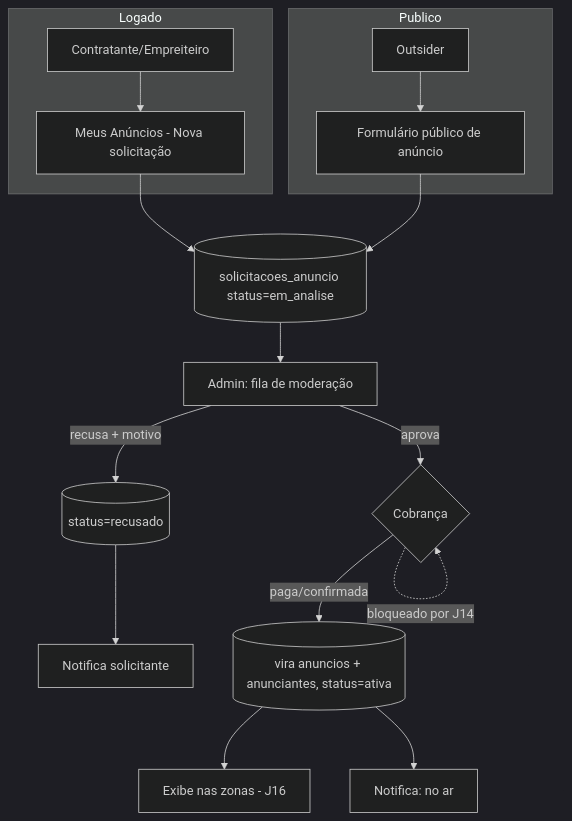
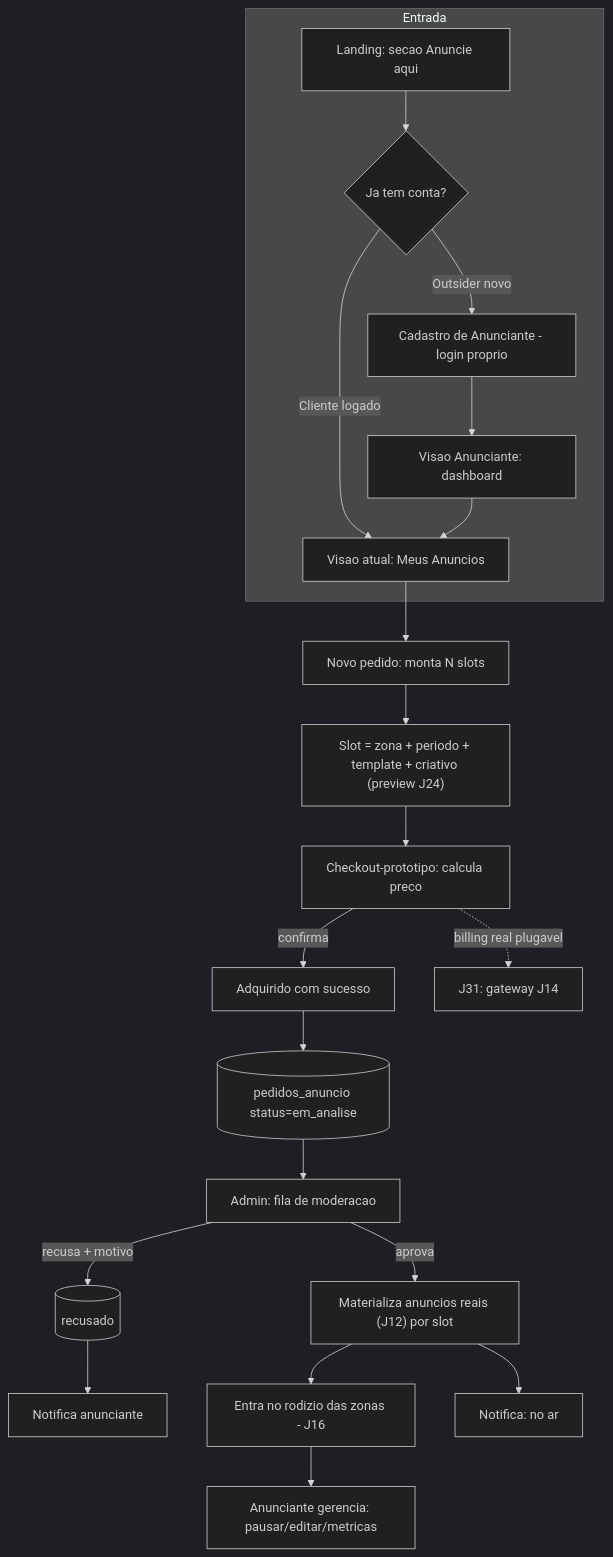
Before and after one commit to dinamicaengenhariamkt/xconstrucao-replit: the diagram in docs/jornadas/23-meus-anuncios-self-service.md, drawn with Mermaid (dark theme). The commit also changed other lines of this file and 55 other files, not shown here.

Commit message:
finalização da jornada 23 com os anunciantes e prototipação da jornada 31

````diff
--- a/docs/jornadas/23-meus-anuncios-self-service.md
+++ b/docs/jornadas/23-meus-anuncios-self-service.md
@@ -37,18 +104,22 @@
 ```mermaid
 flowchart TB
-  subgraph Logado
-    U1[Contratante/Empreiteiro] --> F1[Meus Anúncios - Nova solicitação]
+  subgraph Entrada
+    L[Landing: secao Anuncie aqui] --> Q{Ja tem conta?}
+    Q -->|Cliente logado| MA[Visao atual: Meus Anuncios]
+    Q -->|Outsider novo| CAD[Cadastro de Anunciante - login proprio]
+    CAD --> VA[Visao Anunciante: dashboard]
+    VA --> MA
   end
-  subgraph Publico
-    U2[Outsider] --> F2[Formulário público de anúncio]
-  end
-  F1 --> SUB[(solicitacoes_anuncio status=em_analise)]
-  F2 --> SUB
-  SUB --> MOD[Admin: fila de moderação]
-  MOD -->|recusa + motivo| REJ[(status=recusado)] --> NOT1[Notifica solicitante]
-  MOD -->|aprova| BILL{Cobrança}
-  BILL -->|paga/confirmada| PUB[(vira anuncios + anunciantes, status=ativa)]
-  PUB --> SLOT[Exibe nas zonas - J16]
-  PUB --> NOT2[Notifica: no ar]
-  BILL -.bloqueado por J14.-> BILL
+  MA --> NP[Novo pedido: monta N slots]
+  NP --> SLOT["Slot = zona + periodo + template + criativo (preview J24)"]
+  SLOT --> CK[Checkout-prototipo: calcula preco]
+  CK -->|confirma| OK[Adquirido com sucesso]
+  OK --> PED[(pedidos_anuncio status=em_analise)]
+  PED --> MOD[Admin: fila de moderacao]
+  MOD -->|recusa + motivo| REJ[(recusado)] --> N1[Notifica anunciante]
+  MOD -->|aprova| PUB["Materializa anuncios reais (J12) por slot"]
+  PUB --> Z[Entra no rodizio das zonas - J16]
+  PUB --> N2[Notifica: no ar]
+  Z --> GER[Anunciante gerencia: pausar/editar/metricas]
+  CK -.billing real plugavel.-> J31[J31: gateway J14]
 ```
````
